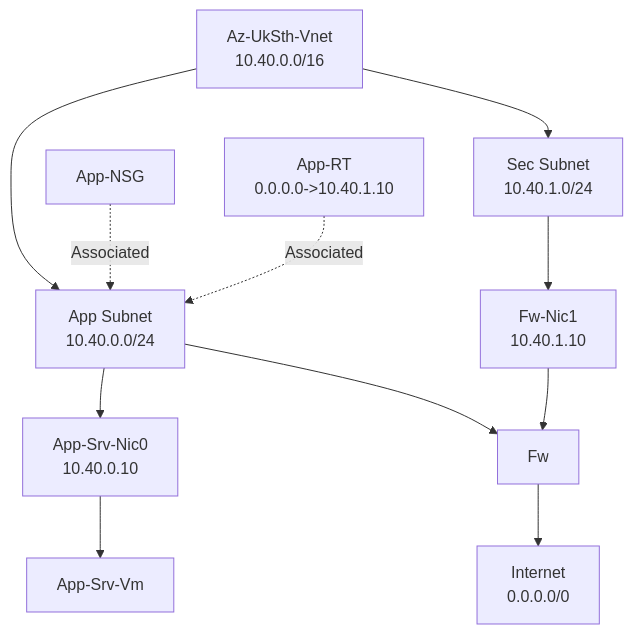
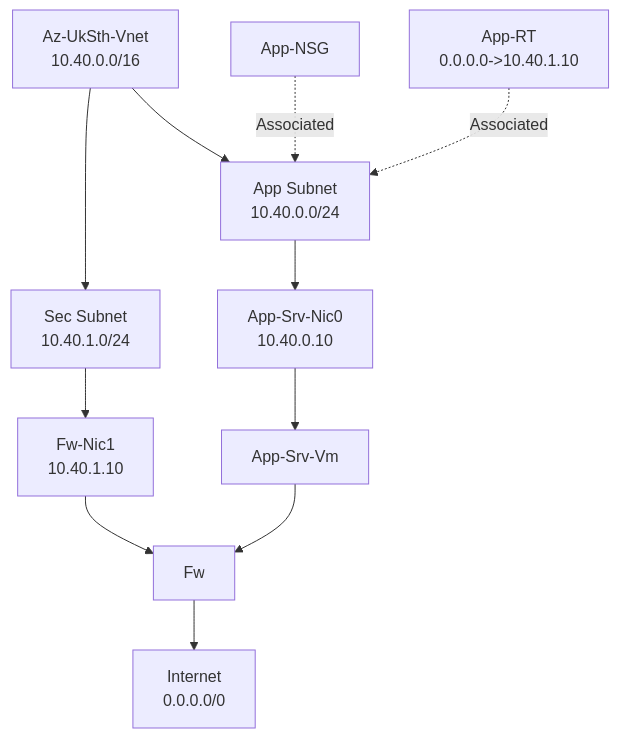
One commit to hasanfarag199/AZ-700-Azure_Network_Associate changed the diagram in README.md. Above: the diagram before and after it, drawn with Mermaid.

````diff
--- a/README.md
+++ b/README.md
@@ -1,33 +1,33 @@
 ```mermaid
 graph TD
     VNET["Az-UkSth-Vnet<br/>10.40.0.0/16"]
 
     APP["App Subnet<br/>10.40.0.0/24"]
     SEC["Sec Subnet<br/>10.40.1.0/24"]
 
     NSG["App-NSG"]
     RT["App-RT <br/> 0.0.0.0->10.40.1.10"]
     
     NIC1["App-Srv-Nic0<br/>10.40.0.10"]
     VM1["App-Srv-Vm"]
 
     NIC2["Fw-Nic1<br/>10.40.1.10"]
     FW["Fw"]
 
 
     VNET --> APP
     VNET --> SEC
 
     NSG -. Associated .-> APP
     RT -. Associated .-> APP
 
     APP --> NIC1
     NIC1 --> VM1
 
     SEC --> NIC2
     NIC2 --> FW
 
     NET["Internet<br/>0.0.0.0/0"]
-    APP --> FW
+    VM1 --> FW
     FW --> NET
 ```
````
